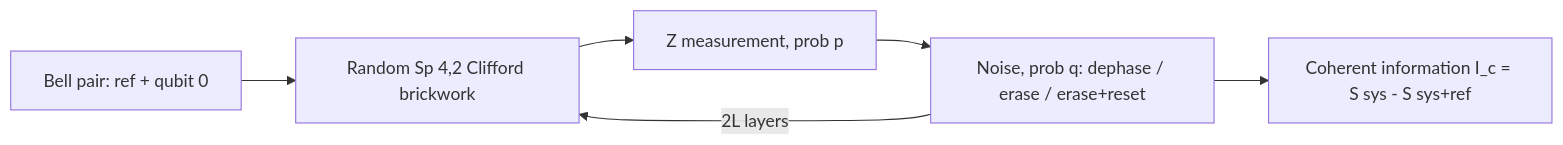
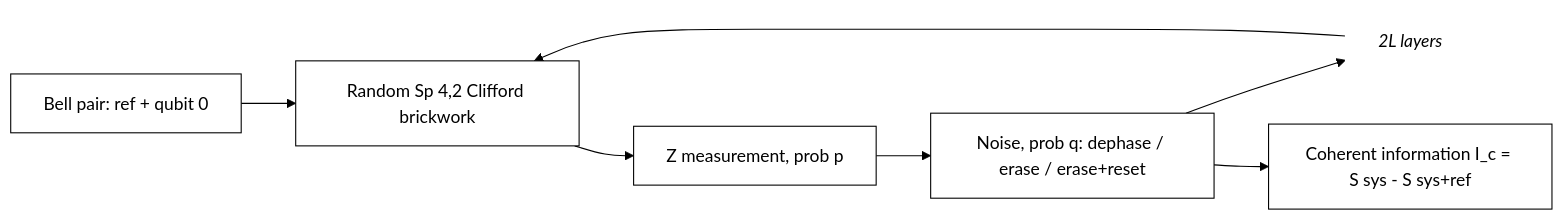
Before and after one commit to pradeepdegalaroyal/heralded-vs-unheralded-noise-monitored-clifford: the diagram in README.md, drawn with Mermaid. The commit also changed other lines of this file and 2 other files, not shown here.

Commit message:
Docs: spell out abbreviations at first use; diagram labels beside arrows

````diff
--- a/README.md
+++ b/README.md
@@ -14,8 +14,12 @@
 ```mermaid
+%%{init: {'theme': 'base', 'themeVariables': {'primaryColor': '#ffffff', 'primaryTextColor': '#000000', 'primaryBorderColor': '#000000', 'lineColor': '#000000', 'secondaryColor': '#ffffff', 'tertiaryColor': '#ffffff', 'background': '#ffffff', 'noteBkgColor': '#ffffff', 'noteTextColor': '#000000', 'actorBkg': '#ffffff', 'actorBorder': '#000000', 'actorTextColor': '#000000', 'signalColor': '#000000', 'signalTextColor': '#000000', 'labelBoxBkgColor': '#ffffff', 'labelTextColor': '#000000', 'clusterBkg': '#ffffff', 'clusterBorder': '#000000'}}}%%
 flowchart LR
- A[Bell pair: ref + qubit 0] --> B[Random Sp 4,2 Clifford brickwork]
- B --> C[Z measurement, prob p]
- C --> D[Noise, prob q: dephase / erase / erase+reset]
- D -->|2L layers| B
- D --> E[Coherent information I_c = S sys - S sys+ref]
+ A["Bell pair: ref + qubit 0"] --> B["Random Sp 4,2 Clifford brickwork"]
+ B --> C["Z measurement, prob p"]
+ C --> D["Noise, prob q: dephase / erase / erase+reset"]
+ D --> EL1["2L layers"]
+ EL1 --> B
+ D --> E["Coherent information I_c = S sys - S sys+ref"]
+  classDef lbl fill:#ffffff,stroke:#ffffff,color:#000000,font-style:italic;
+  class EL1 lbl;
 ```
````
